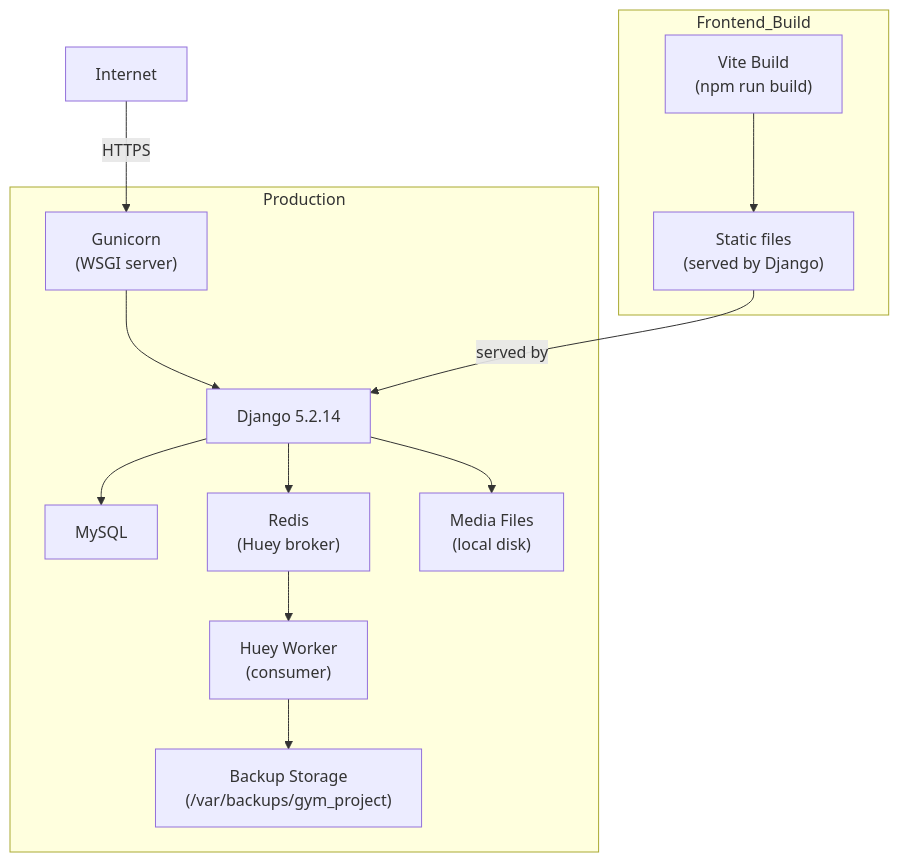
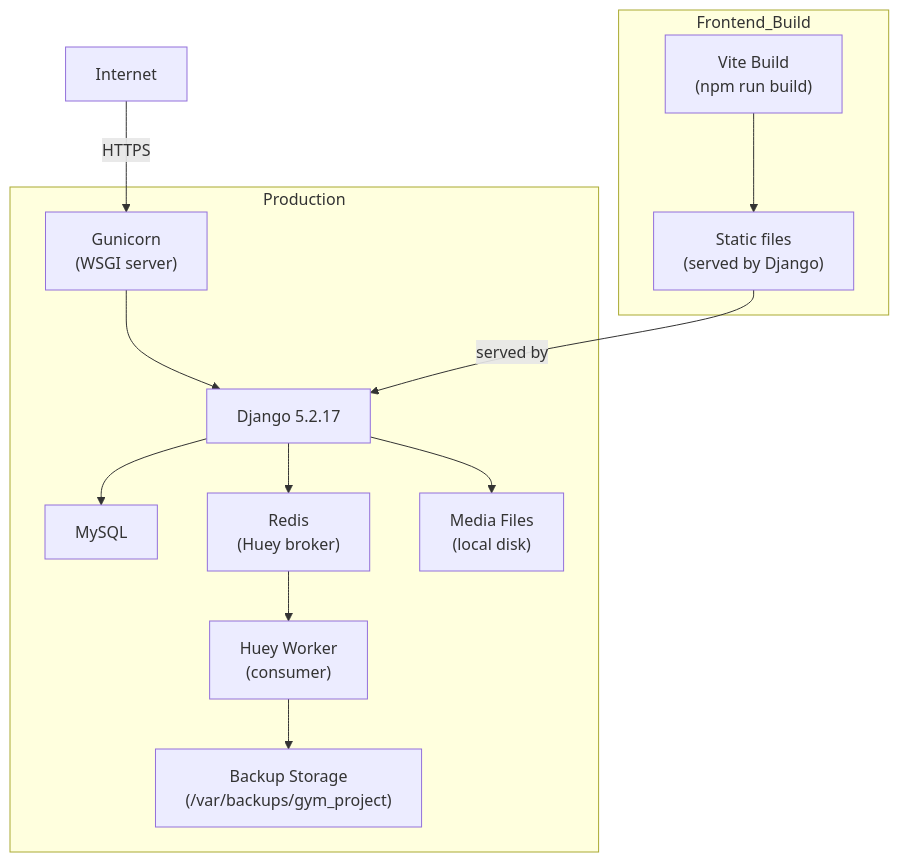
One commit to carlos18bp/gym_project changed the eighth of 8 diagrams in docs/methodology/architecture.md. Above: the diagram before and after it, drawn with Mermaid. The commit also changed other lines of this file and 47 other files, not shown here.

````diff
--- a/docs/methodology/architecture.md
+++ b/docs/methodology/architecture.md
@@ -475,27 +484,27 @@
 ```mermaid
 flowchart TD
     subgraph Production
         Gunicorn["Gunicorn\n(WSGI server)"]
-        Django["Django 5.2.14"]
+        Django["Django 5.2.17"]
         MySQL["MySQL"]
         RedisQ["Redis\n(Huey broker)"]
         HueyW["Huey Worker\n(consumer)"]
         Media["Media Files\n(local disk)"]
         Backup["Backup Storage\n(/var/backups/gym_project)"]
     end
 
     subgraph Frontend_Build
         ViteBuild["Vite Build\n(npm run build)"]
         StaticFiles["Static files\n(served by Django)"]
     end
 
     Internet["Internet"] -->|"HTTPS"| Gunicorn
     Gunicorn --> Django
     Django --> MySQL
     Django --> Media
     Django --> RedisQ
     RedisQ --> HueyW
     HueyW --> Backup
     ViteBuild --> StaticFiles
     StaticFiles -->|"served by"| Django
 ```
````
